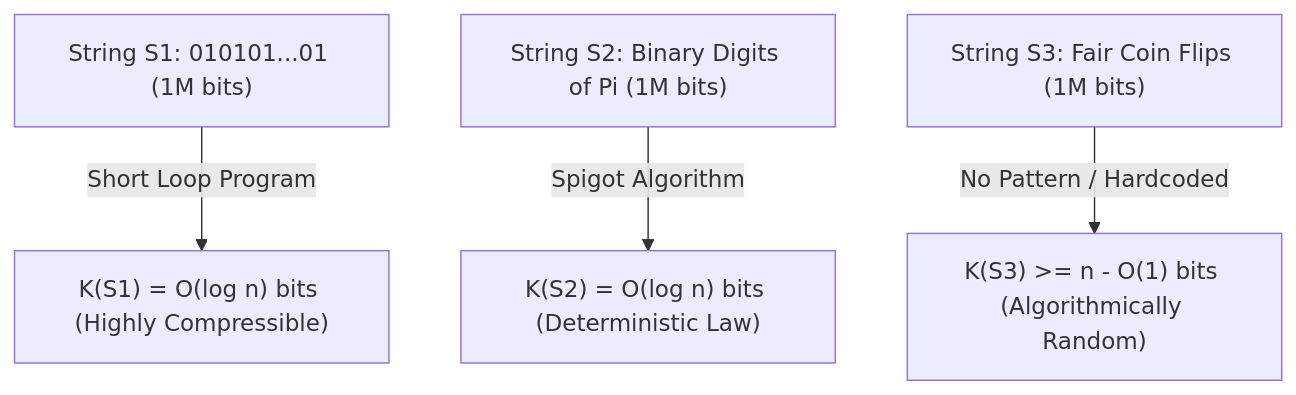
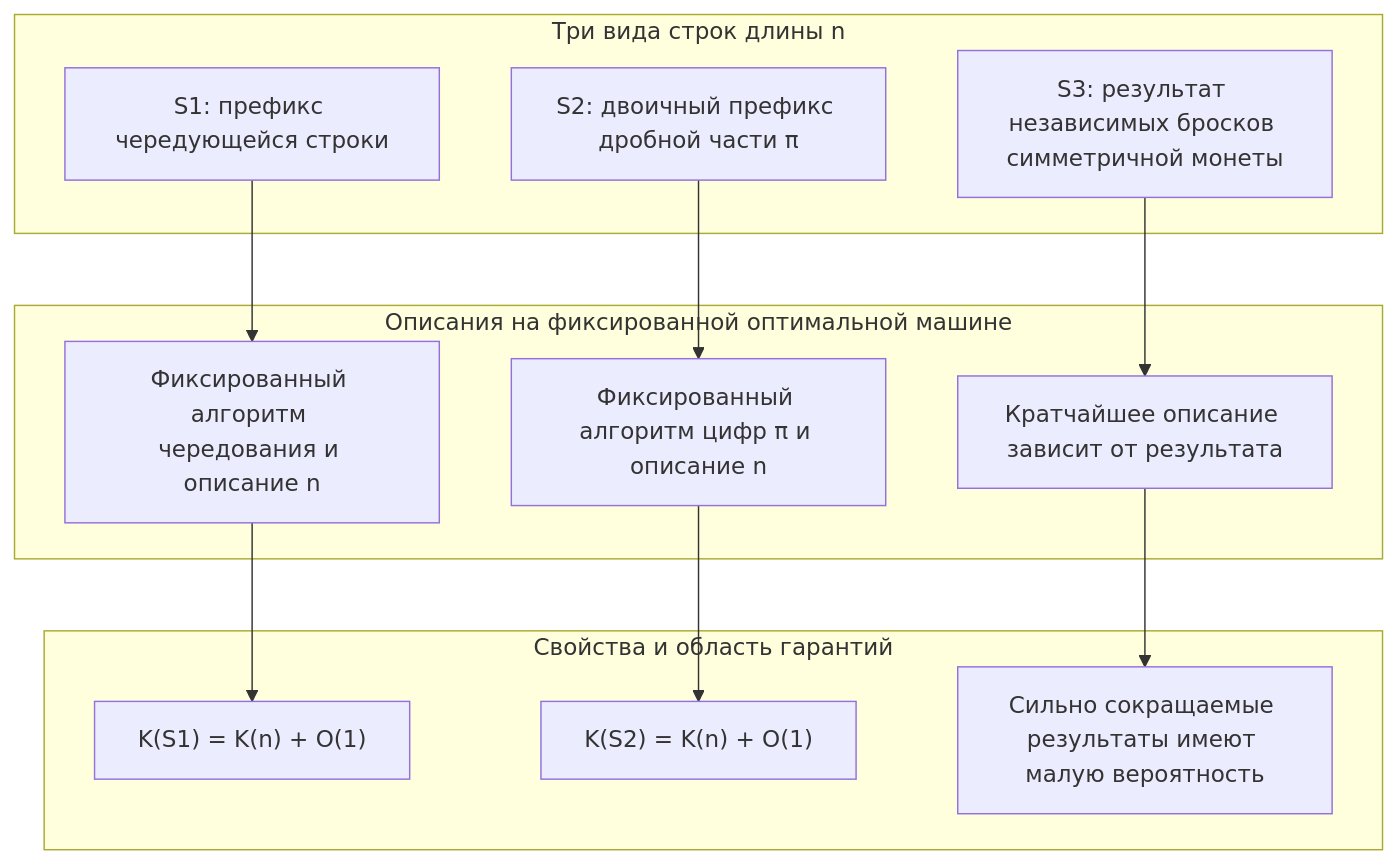
One commit to kenjinote/blog changed the diagram in content/post/kolmogorov-complexity-algorithmic-information-theory-incompressibility-randomness/index.ru.md. Above: the diagram before and after it, drawn with Mermaid. The commit also changed other lines of this file and 5 other files, not shown here.

````diff
--- a/content/post/kolmogorov-complexity-algorithmic-information-theory-incompressibility-randomness/index.ru.md
+++ b/content/post/kolmogorov-complexity-algorithmic-information-theory-incompressibility-randomness/index.ru.md
@@ -30,6 +188,21 @@
 ```mermaid
 flowchart TD
-    S1["String S1: 010101...01 (1M bits)"] -->|"Short Loop Program"| K1["K(S1) = O(log n) bits (Highly Compressible)"]
-    S2["String S2: Binary Digits of Pi (1M bits)"] -->|"Spigot Algorithm"| K2["K(S2) = O(log n) bits (Deterministic Law)"]
-    S3["String S3: Fair Coin Flips (1M bits)"] -->|"No Pattern / Hardcoded"| K3["K(S3) >= n - O(1) bits (Algorithmically Random)"]
+    subgraph InputStrings["Три вида строк длины n"]
+        S1["S1: префикс чередующейся строки"]
+        S2["S2: двоичный префикс дробной части π"]
+        S3["S3: результат независимых бросков симметричной монеты"]
+    end
+    subgraph Descriptions["Описания на фиксированной оптимальной машине"]
+        P1["Фиксированный алгоритм чередования и описание n"]
+        P2["Фиксированный алгоритм цифр π и описание n"]
+        P3["Кратчайшее описание зависит от результата"]
+    end
+    subgraph Results["Свойства и область гарантий"]
+        K1["K(S1) = K(n) + O(1)"]
+        K2["K(S2) = K(n) + O(1)"]
+        K3["Сильно сокращаемые результаты имеют малую вероятность"]
+    end
+    S1 --> P1 --> K1
+    S2 --> P2 --> K2
+    S3 --> P3 --> K3
 ```
````
